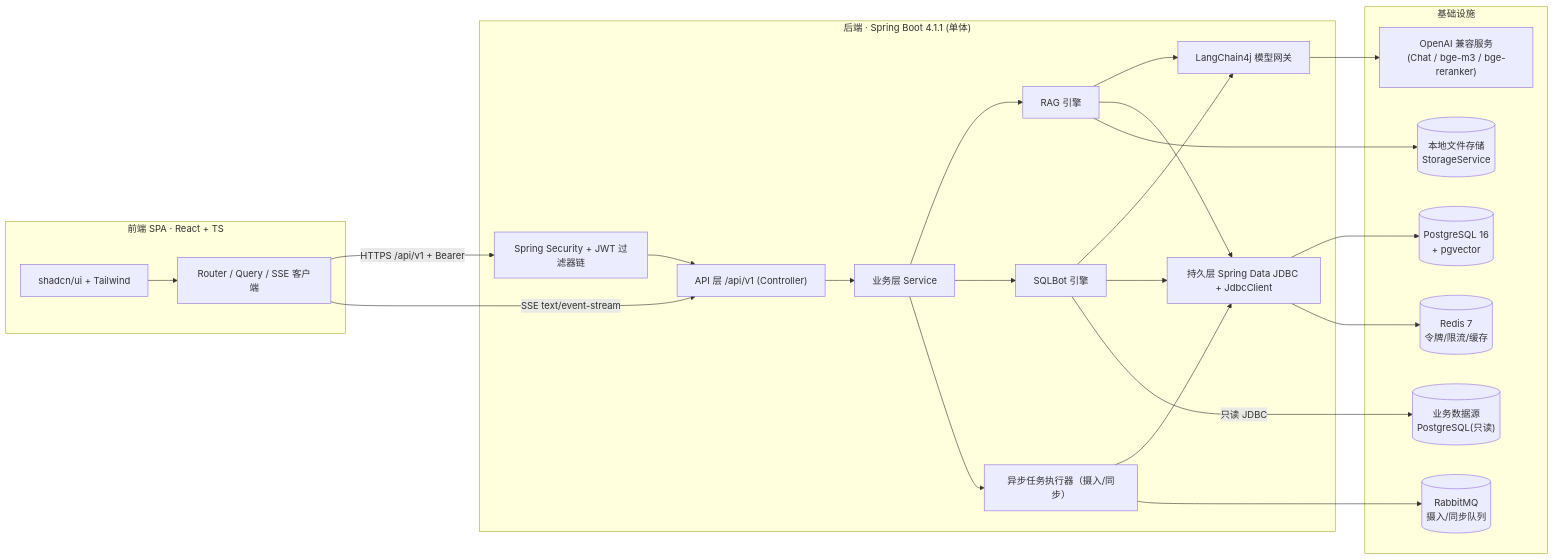
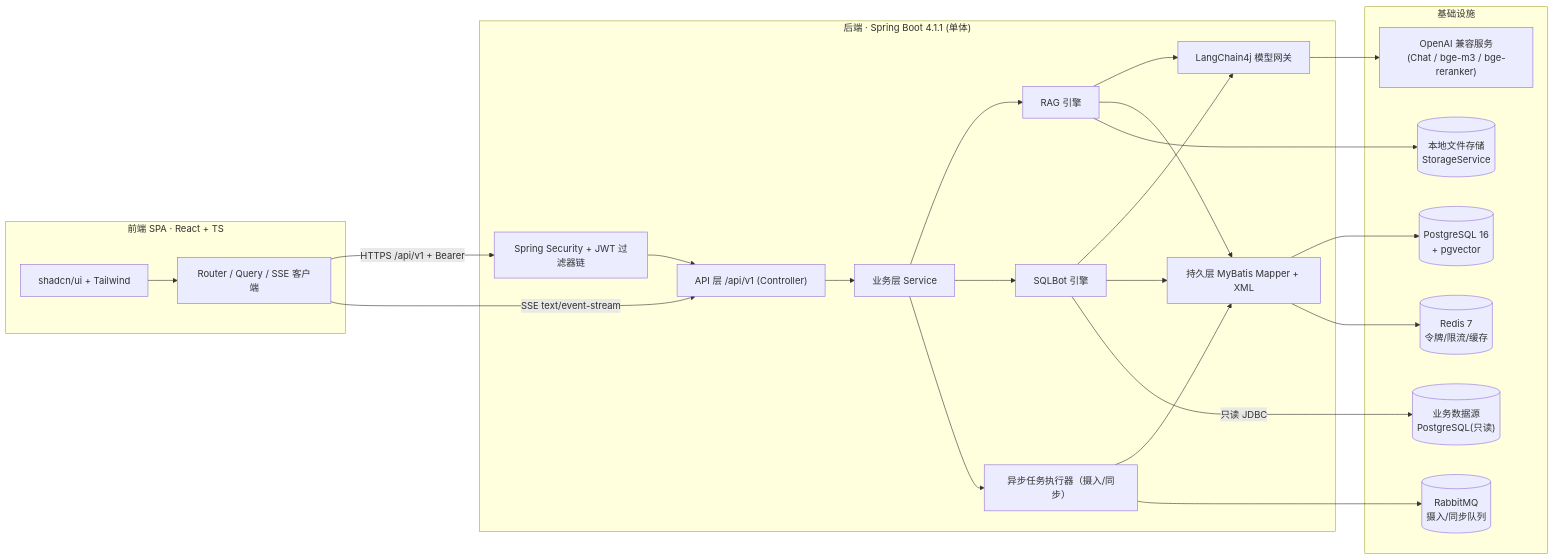
One commit to CBT-keep/WenQu changed the first of 5 diagrams in doc/02-技术架构设计.md. Above: the diagram before and after it, drawn with Mermaid. The commit also changed other lines of this file and 36 other files, not shown here.

````diff
--- a/doc/02-技术架构设计.md
+++ b/doc/02-技术架构设计.md
@@ -9,44 +9,44 @@
 ```mermaid
 flowchart LR
   subgraph FE["前端 SPA · React + TS"]
     UI["shadcn/ui + Tailwind"]
     RT["Router / Query / SSE 客户端"]
   end
 
   subgraph BE["后端 · Spring Boot 4.1.1 (单体)"]
     SEC["Spring Security + JWT 过滤器链"]
     API["API 层 /api/v1 (Controller)"]
     SVC["业务层 Service"]
     RAG["RAG 引擎"]
     SQLB["SQLBot 引擎"]
     LLM["LangChain4j 模型网关"]
     JOBS["异步任务执行器（摄入/同步）"]
-    REPO["持久层 Spring Data JDBC + JdbcClient"]
+    REPO["持久层 MyBatis Mapper + XML"]
   end
 
   subgraph INFRA["基础设施"]
     PG[("PostgreSQL 16<br/>+ pgvector")]
     FS[("本地文件存储<br/>StorageService")]
     REDIS[("Redis 7<br/>令牌/限流/缓存")]
     MQ[("RabbitMQ<br/>摄入/同步队列")]
     LLMSVC["OpenAI 兼容服务<br/>(Chat / bge-m3 / bge-reranker)"]
     DS[("业务数据源<br/>PostgreSQL(只读)")]
   end
 
   UI --> RT
   RT -->|"HTTPS /api/v1 + Bearer"| SEC
   RT -->|"SSE text/event-stream"| API
   SEC --> API --> SVC
   SVC --> RAG & SQLB & JOBS
   RAG --> LLM
   SQLB --> LLM
   LLM --> LLMSVC
   RAG --> REPO
   SQLB --> REPO
   JOBS --> REPO
   REPO --> PG
   REPO --> REDIS
   JOBS --> MQ
   RAG --> FS
   SQLB -->|"只读 JDBC"| DS
 ```
````
